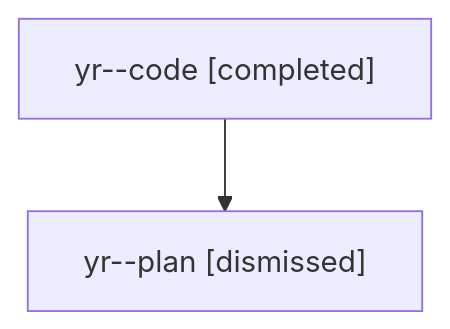
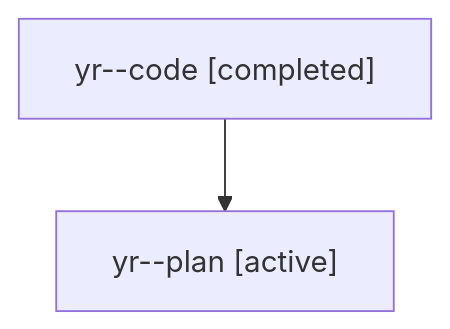
The diagram in families/bbugyi200.athena.yr.md (sase-org/sase--agents), drawn with Mermaid before and after one commit. The commit also changed other lines of this file and 35830 other files, not shown here.

````diff
--- a/families/bbugyi200.athena.yr.md
+++ b/families/bbugyi200.athena.yr.md
@@ -9,6 +9,6 @@
 ```mermaid
 flowchart TD
   n0["yr--code [completed]"]
-  n1["yr--plan [dismissed]"]
+  n1["yr--plan [active]"]
   n0 --> n1
 ```
````
